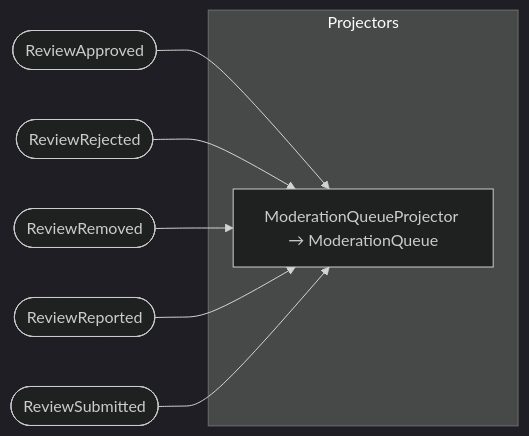
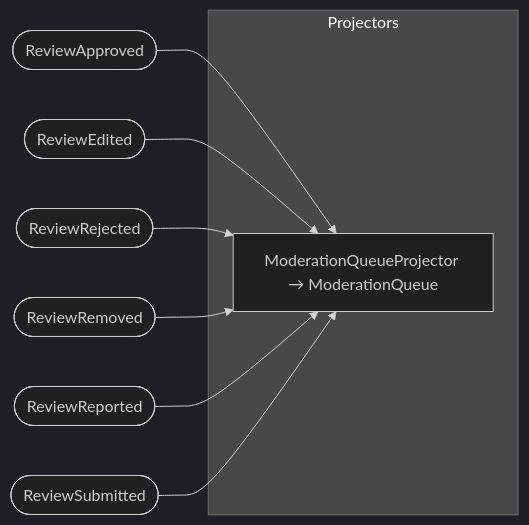
Before and after one commit to proteanhq/shopstream: the fourth of 7 diagrams in docs/reviews/handler-wiring.md, drawn with Mermaid (dark theme). The commit also changed 15 other files, not shown here.

First line of the commit message:
Return edited rejected reviews to the moderation queue and cover the miss branches

````diff
--- a/docs/reviews/handler-wiring.md
+++ b/docs/reviews/handler-wiring.md
@@ -55,11 +55,12 @@
 ```mermaid
 flowchart LR
     subgraph projectors["Projectors"]
         proj_reviews_projections_moderation_queue_ModerationQueueProjector[ModerationQueueProjector → ModerationQueue]
     end
     evt_reviews_review_events_ReviewApproved([ReviewApproved]) --> proj_reviews_projections_moderation_queue_ModerationQueueProjector
+    evt_reviews_review_events_ReviewEdited([ReviewEdited]) --> proj_reviews_projections_moderation_queue_ModerationQueueProjector
     evt_reviews_review_events_ReviewRejected([ReviewRejected]) --> proj_reviews_projections_moderation_queue_ModerationQueueProjector
     evt_reviews_review_events_ReviewRemoved([ReviewRemoved]) --> proj_reviews_projections_moderation_queue_ModerationQueueProjector
     evt_reviews_review_events_ReviewReported([ReviewReported]) --> proj_reviews_projections_moderation_queue_ModerationQueueProjector
     evt_reviews_review_events_ReviewSubmitted([ReviewSubmitted]) --> proj_reviews_projections_moderation_queue_ModerationQueueProjector
 ```
````
